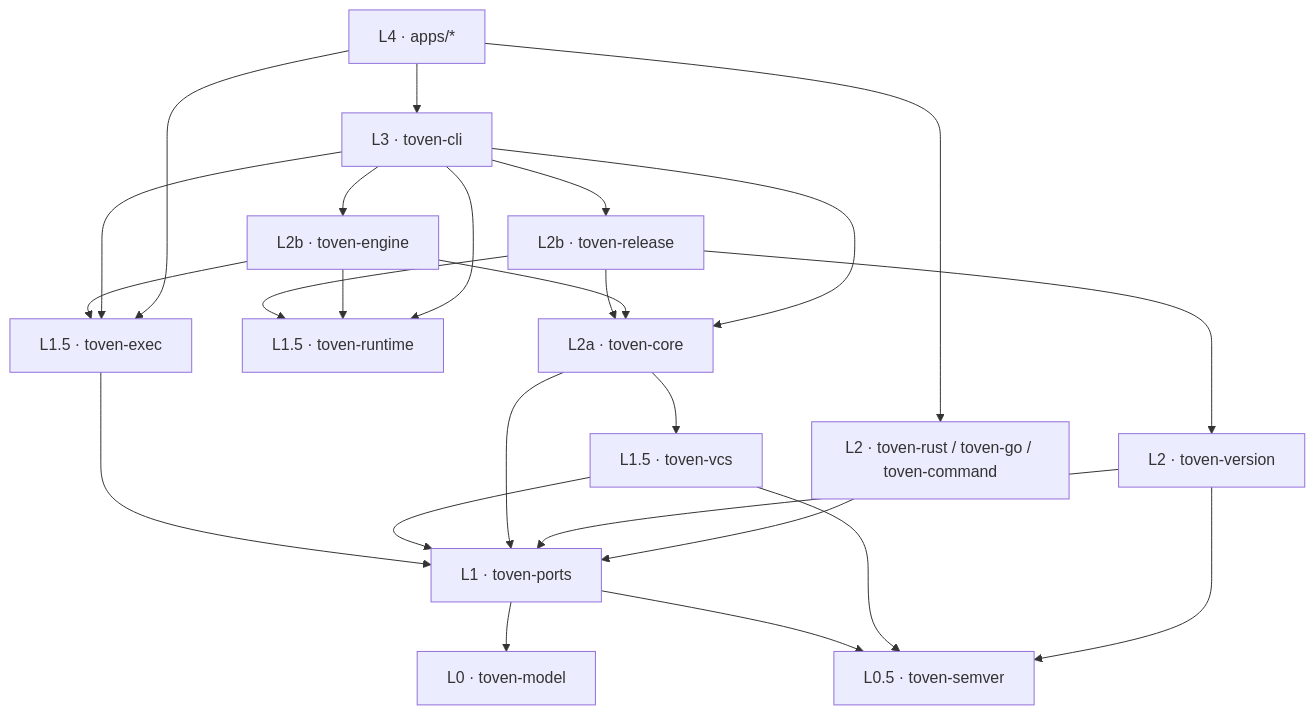
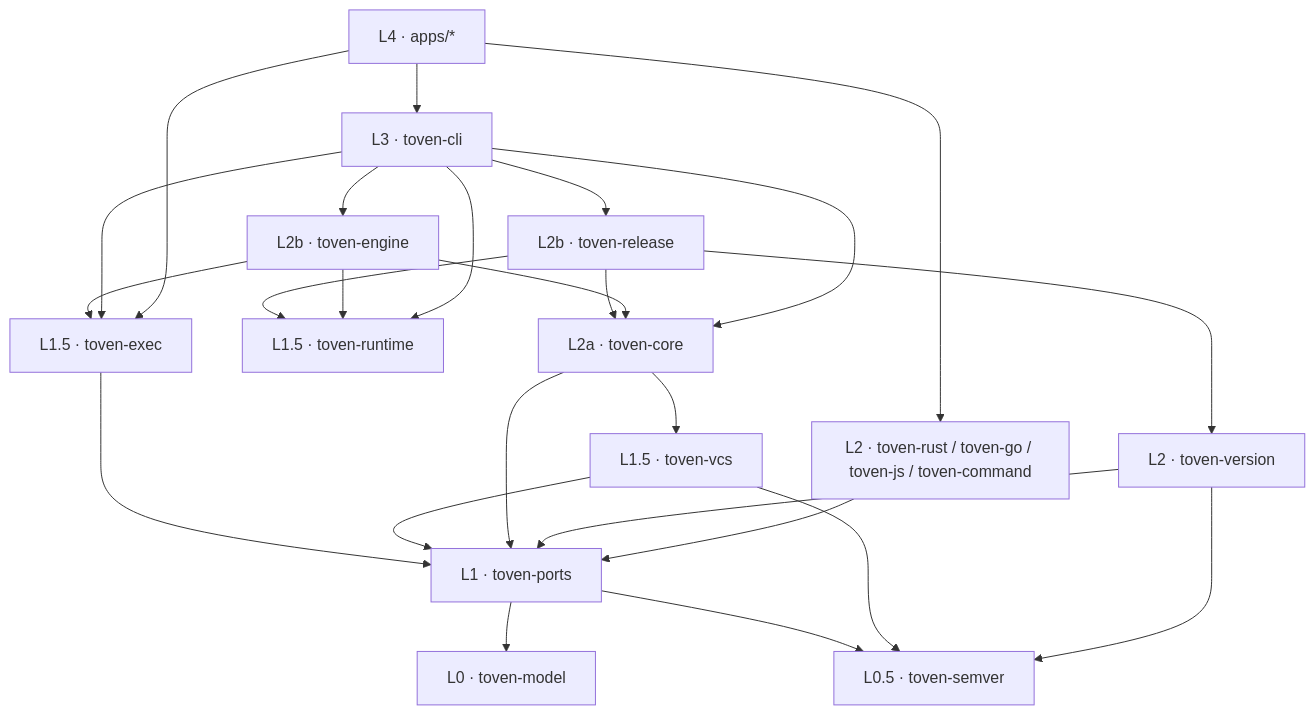
One commit to kbukum/toven changed the first of 4 diagrams in docs/architecture.md. Above: the diagram before and after it, drawn with Mermaid. The commit also changed other lines of this file and 466 other files, not shown here.

````diff
--- a/docs/architecture.md
+++ b/docs/architecture.md
@@ -42,41 +43,41 @@
 ```mermaid
 flowchart TB
     model["L0 · toven-model"]
     semver["L0.5 · toven-semver"]
     ports["L1 · toven-ports"]
     exec["L1.5 · toven-exec"]
     vcs["L1.5 · toven-vcs"]
     runtime["L1.5 · toven-runtime"]
     core["L2a · toven-core"]
     version["L2 · toven-version"]
     release["L2b · toven-release"]
     engine["L2b · toven-engine"]
-    ecosystems["L2 · toven-rust / toven-go / toven-command"]
+    ecosystems["L2 · toven-rust / toven-go / toven-js / toven-command"]
     cli["L3 · toven-cli"]
     apps["L4 · apps/*"]
 
     ports --> model
     ports --> semver
     exec --> ports
     vcs --> ports
     vcs --> semver
     core --> ports
     core --> vcs
     version --> ports
     version --> semver
     release --> core
     release --> version
     release --> runtime
     engine --> core
     engine --> exec
     engine --> runtime
     ecosystems --> ports
     cli --> engine
     cli --> release
     cli --> core
     cli --> exec
     cli --> runtime
     apps --> cli
     apps --> ecosystems
     apps --> exec
 ```
````
